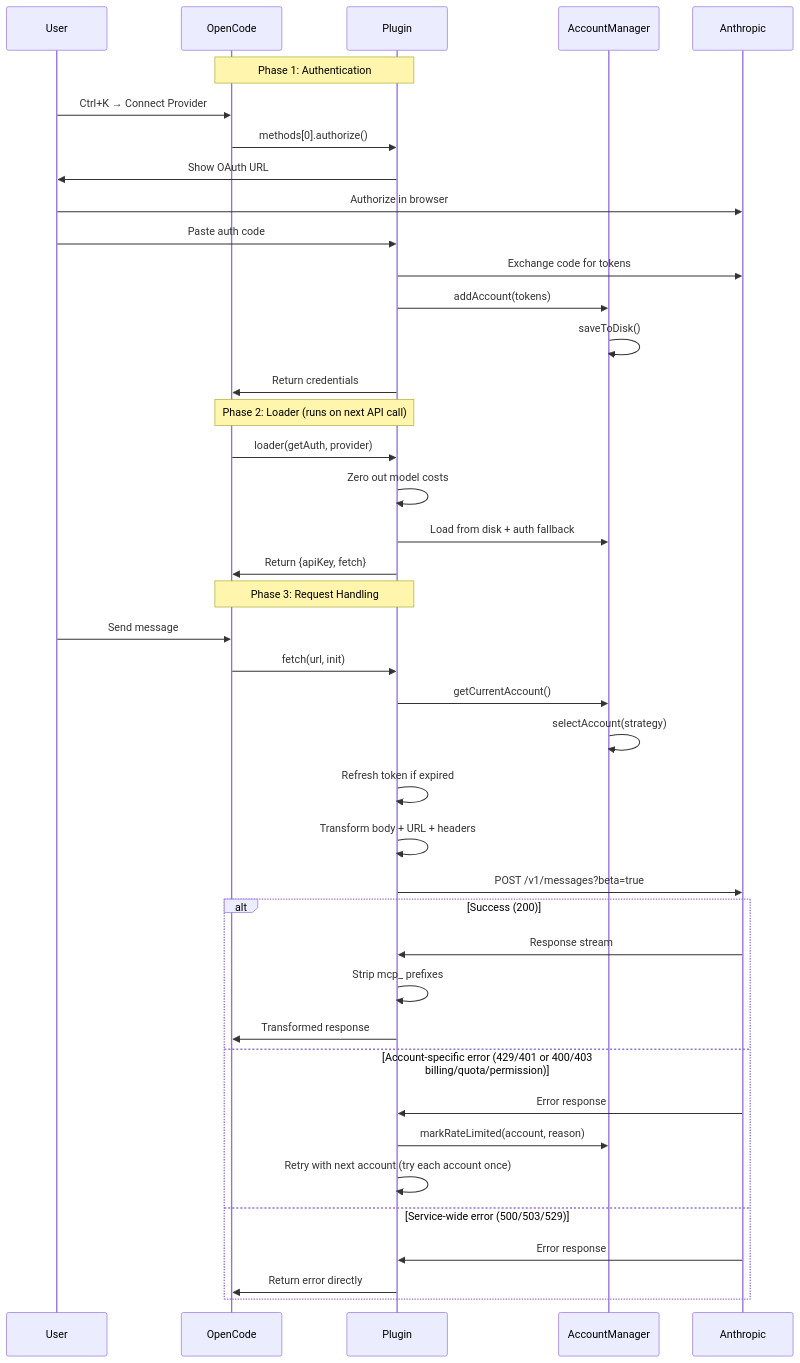
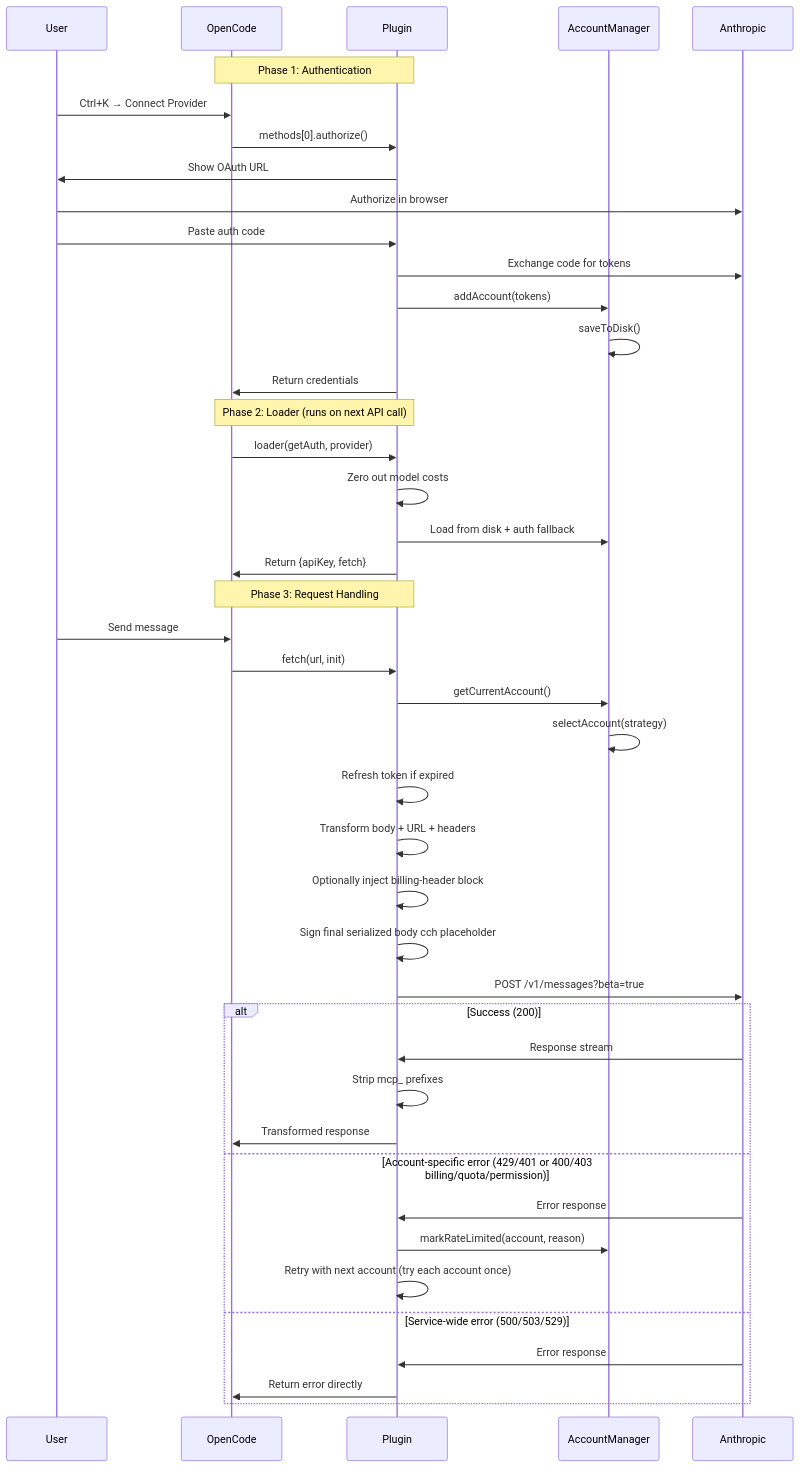
Before and after one commit to IronLu233/opencode-anthropic-auth: the second of 7 diagrams in CONTRIBUTING.md, drawn with Mermaid. The commit also changed other lines of this file and 12 other files, not shown here.

````diff
--- a/CONTRIBUTING.md
+++ b/CONTRIBUTING.md
@@ -131,46 +136,48 @@
 ```mermaid
 sequenceDiagram
     participant User
     participant OpenCode
     participant Plugin
     participant AccountManager
     participant Anthropic
 
     Note over OpenCode,Plugin: Phase 1: Authentication
     User->>OpenCode: Ctrl+K → Connect Provider
     OpenCode->>Plugin: methods[0].authorize()
     Plugin->>User: Show OAuth URL
     User->>Anthropic: Authorize in browser
     User->>Plugin: Paste auth code
     Plugin->>Anthropic: Exchange code for tokens
     Plugin->>AccountManager: addAccount(tokens)
     AccountManager->>AccountManager: saveToDisk()
     Plugin->>OpenCode: Return credentials
 
     Note over OpenCode,Plugin: Phase 2: Loader (runs on next API call)
     OpenCode->>Plugin: loader(getAuth, provider)
     Plugin->>Plugin: Zero out model costs
     Plugin->>AccountManager: Load from disk + auth fallback
     Plugin->>OpenCode: Return {apiKey, fetch}
 
     Note over OpenCode,Plugin: Phase 3: Request Handling
     User->>OpenCode: Send message
     OpenCode->>Plugin: fetch(url, init)
     Plugin->>AccountManager: getCurrentAccount()
     AccountManager->>AccountManager: selectAccount(strategy)
     Plugin->>Plugin: Refresh token if expired
     Plugin->>Plugin: Transform body + URL + headers
+    Plugin->>Plugin: Optionally inject billing-header block
+    Plugin->>Plugin: Sign final serialized body cch placeholder
     Plugin->>Anthropic: POST /v1/messages?beta=true
     alt Success (200)
         Anthropic->>Plugin: Response stream
         Plugin->>Plugin: Strip mcp_ prefixes
         Plugin->>OpenCode: Transformed response
     else Account-specific error (429/401 or 400/403 billing/quota/permission)
         Anthropic->>Plugin: Error response
         Plugin->>AccountManager: markRateLimited(account, reason)
         Plugin->>Plugin: Retry with next account (try each account once)
     else Service-wide error (500/503/529)
         Anthropic->>Plugin: Error response
         Plugin->>OpenCode: Return error directly
     end
 ```
````
